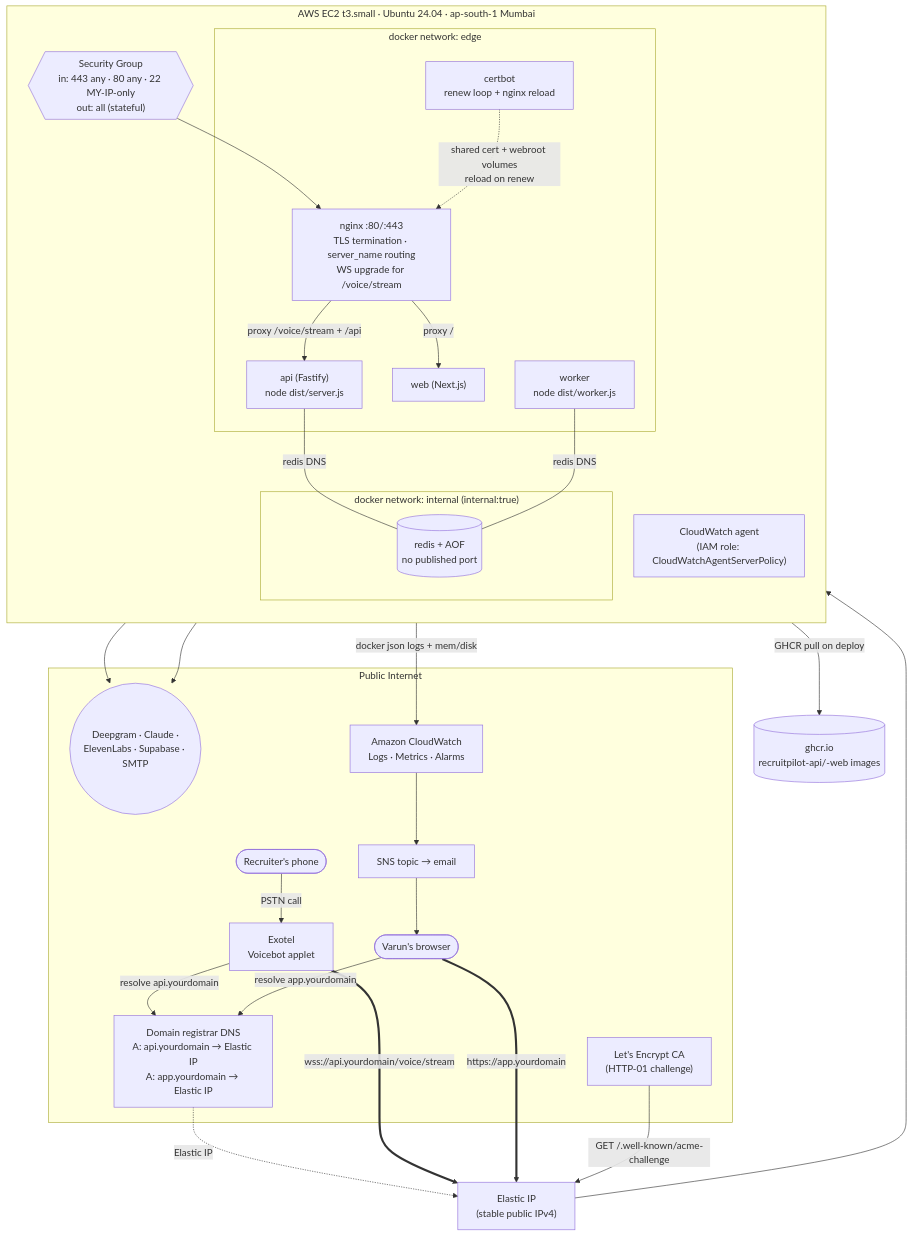
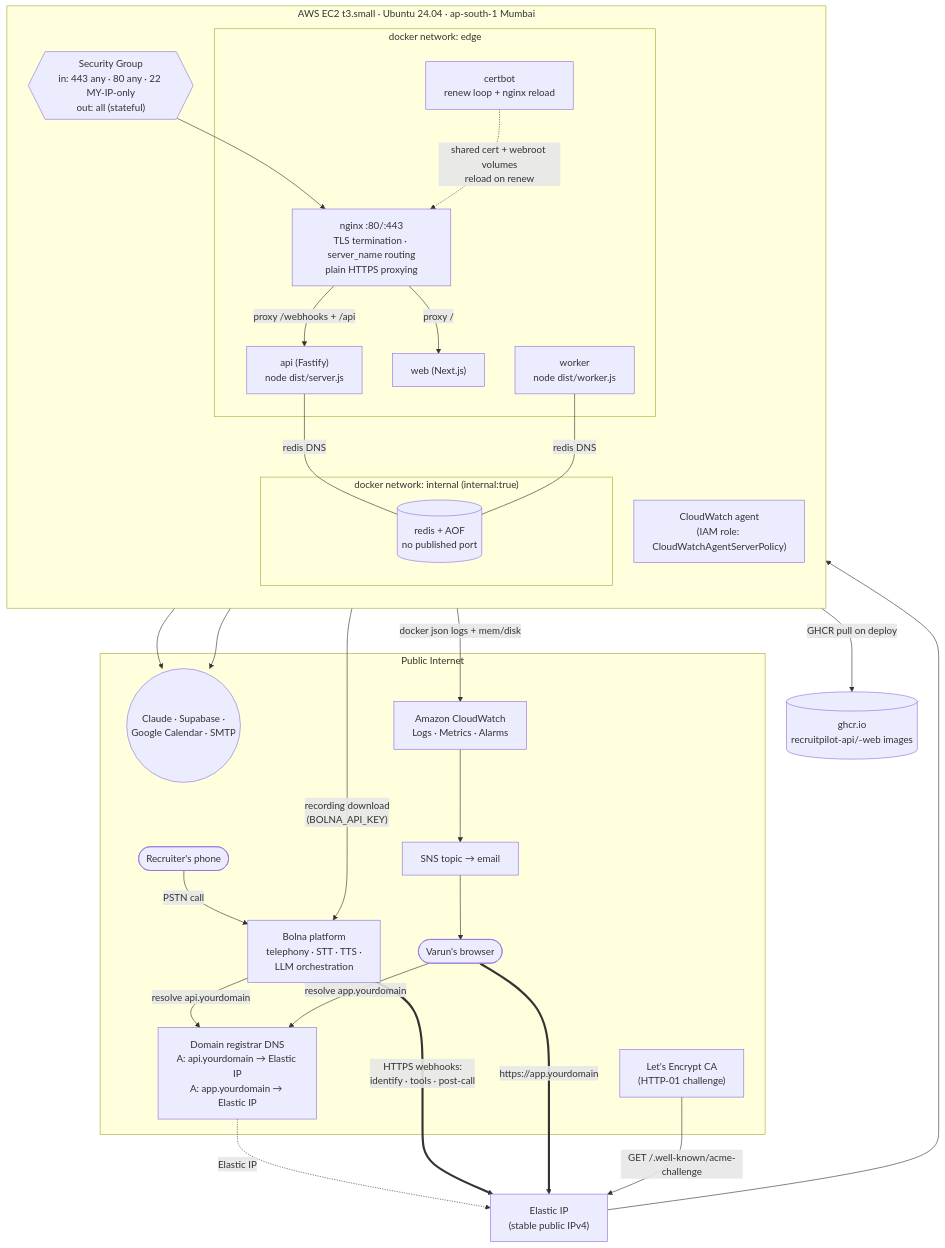
The diagram in docs/15_DEPLOYMENT.md (gandhi120/RecruitPilot_AI), drawn with Mermaid before and after one commit. The commit also changed other lines of this file and 34 other files, not shown here.

First line of the commit message:
docs: pivot voice stack to Bolna; archive DIY vendor docs as phase-2 reference

````diff
--- a/docs/15_DEPLOYMENT.md
+++ b/docs/15_DEPLOYMENT.md
@@ -131,50 +131,51 @@
 ```mermaid
 flowchart TB
     subgraph INTERNET["Public Internet"]
         REC([Recruiter's phone])
-        EXO["Exotel<br/>Voicebot applet"]
+        BOLNA["Bolna platform<br/>telephony · STT · TTS ·<br/>LLM orchestration"]
         VARUN([Varun's browser])
         REG["Domain registrar DNS<br/>A: api.yourdomain → Elastic IP<br/>A: app.yourdomain → Elastic IP"]
         LE["Let's Encrypt CA<br/>(HTTP-01 challenge)"]
-        VENDORS(("Deepgram · Claude ·<br/>ElevenLabs · Supabase · SMTP"))
+        VENDORS(("Claude · Supabase ·<br/>Google Calendar · SMTP"))
         CW["Amazon CloudWatch<br/>Logs · Metrics · Alarms"]
         SNS["SNS topic → email"]
     end
 
     EIP["Elastic IP<br/>(stable public IPv4)"]
 
     subgraph EC2["AWS EC2 t3.small · Ubuntu 24.04 · ap-south-1 Mumbai"]
         direction TB
         SG{{"Security Group<br/>in: 443 any · 80 any · 22 MY-IP-only<br/>out: all (stateful)"}}
         subgraph EDGE["docker network: edge"]
-            NG["nginx :80/:443<br/>TLS termination · server_name routing<br/>WS upgrade for /voice/stream"]
+            NG["nginx :80/:443<br/>TLS termination · server_name routing<br/>plain HTTPS proxying"]
             API["api (Fastify)<br/>node dist/server.js"]
             WK["worker<br/>node dist/worker.js"]
             WEB["web (Next.js)"]
             CB["certbot<br/>renew loop + nginx reload"]
         end
         subgraph INT["docker network: internal (internal:true)"]
             RD[("redis + AOF<br/>no published port")]
         end
         CWA["CloudWatch agent<br/>(IAM role: CloudWatchAgentServerPolicy)"]
     end
 
-    REC -->|"PSTN call"| EXO
-    EXO -->|"resolve api.yourdomain"| REG
+    REC -->|"PSTN call"| BOLNA
+    BOLNA -->|"resolve api.yourdomain"| REG
     VARUN -->|"resolve app.yourdomain"| REG
     REG -.->|"Elastic IP"| EIP
-    EXO ==>|"wss://api.yourdomain/voice/stream"| EIP
+    BOLNA ==>|"HTTPS webhooks:<br/>identify · tools · post-call"| EIP
     VARUN ==>|"https://app.yourdomain"| EIP
     LE -->|"GET /.well-known/acme-challenge"| EIP
     EIP --> SG --> NG
-    NG -->|"proxy /voice/stream + /api"| API
+    NG -->|"proxy /webhooks + /api"| API
     NG -->|"proxy /"| WEB
     CB -.->|"shared cert + webroot volumes<br/>reload on renew"| NG
     API ---|"redis DNS"| RD
     WK ---|"redis DNS"| RD
     API --> VENDORS
     WK --> VENDORS
+    WK -->|"recording download<br/>(BOLNA_API_KEY)"| BOLNA
     API -->|"GHCR pull on deploy"| GHCR[("ghcr.io<br/>recruitpilot-api/-web images")]
     CWA -->|"docker json logs + mem/disk"| CW
     CW --> SNS --> VARUN
 ```
````
